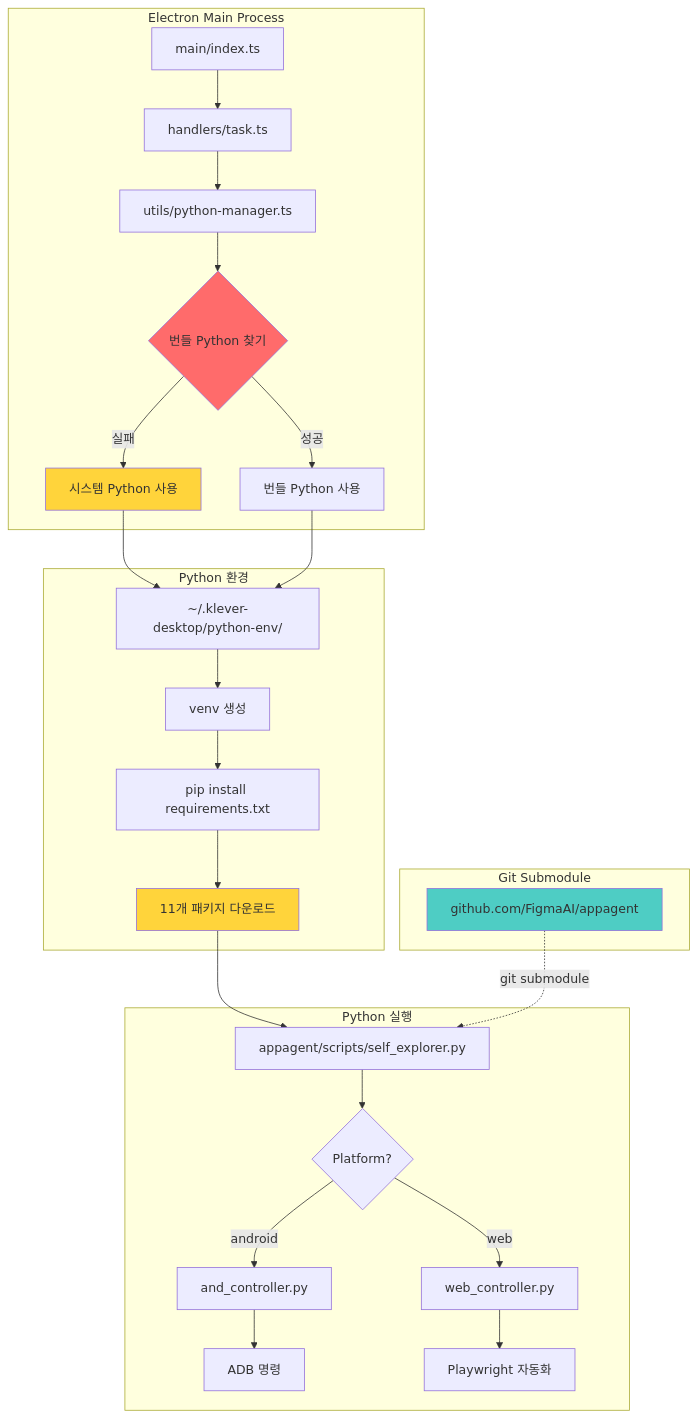
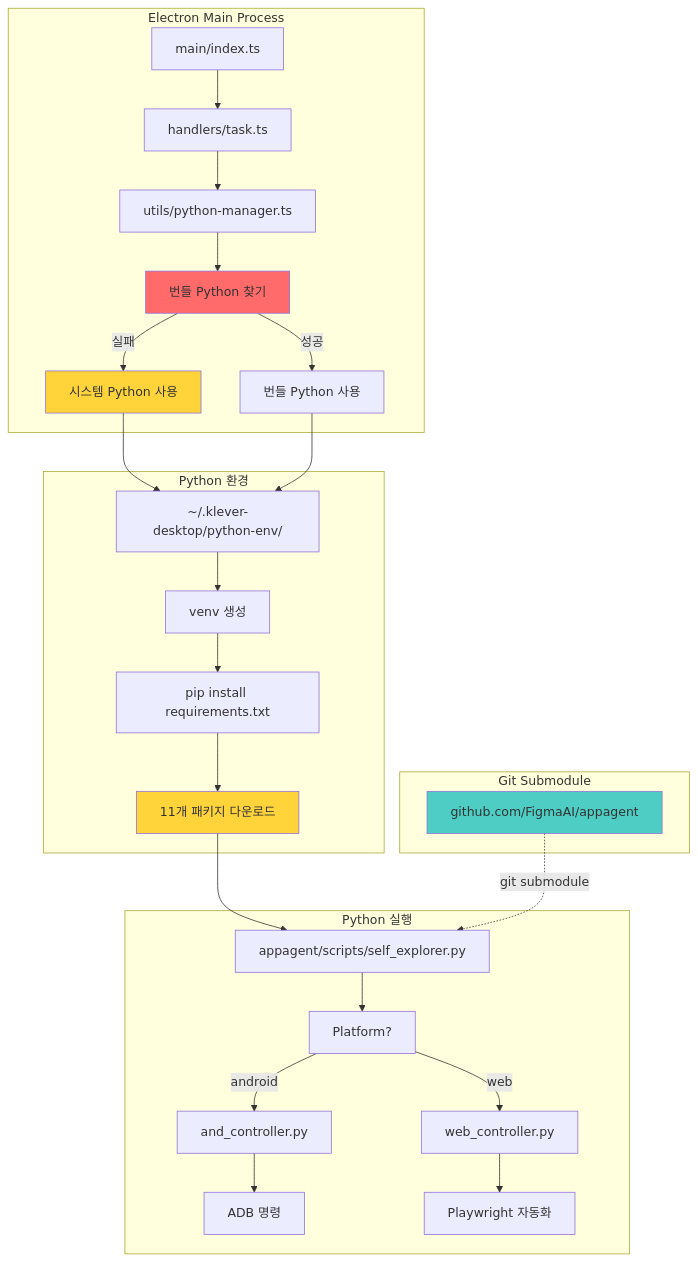
Before and after one commit to FigmaAI/KleverDesktop: the first of 3 diagrams in REFACTORING_PROPOSAL.md, drawn with Mermaid. The commit also changed other lines of this file and 4 other files, not shown here.

````diff
--- a/REFACTORING_PROPOSAL.md
+++ b/REFACTORING_PROPOSAL.md
@@ -83,36 +83,36 @@
 ```mermaid
 graph TB
     subgraph "Electron Main Process"
         A[main/index.ts] --> B[handlers/task.ts]
         B --> C[utils/python-manager.ts]
-        C --> D{번들 Python 찾기}
+        C --> D["번들 Python 찾기"]
         D -->|실패| E[시스템 Python 사용]
         D -->|성공| F[번들 Python 사용]
     end
 
     subgraph "Python 환경"
-        E --> G[~/.klever-desktop/python-env/]
+        E --> G["~/.klever-desktop/python-env/"]
         F --> G
         G --> H[venv 생성]
         H --> I[pip install requirements.txt]
         I --> J[11개 패키지 다운로드]
     end
 
     subgraph "Python 실행"
         J --> K[appagent/scripts/self_explorer.py]
-        K --> L{Platform?}
+        K --> L["Platform?"]
         L -->|android| M[and_controller.py]
         L -->|web| N[web_controller.py]
         M --> O[ADB 명령]
         N --> P[Playwright 자동화]
     end
 
     subgraph "Git Submodule"
         Q[github.com/FigmaAI/appagent] -.->|git submodule| K
     end
 
     style D fill:#ff6b6b
     style E fill:#ffd43b
     style Q fill:#4ecdc4
     style J fill:#ffd43b
 ```
````
